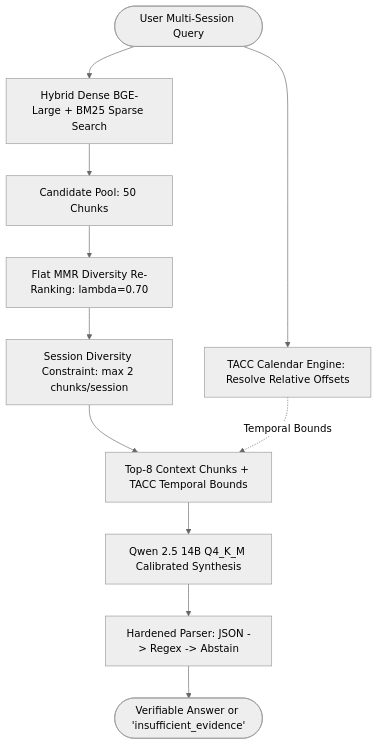
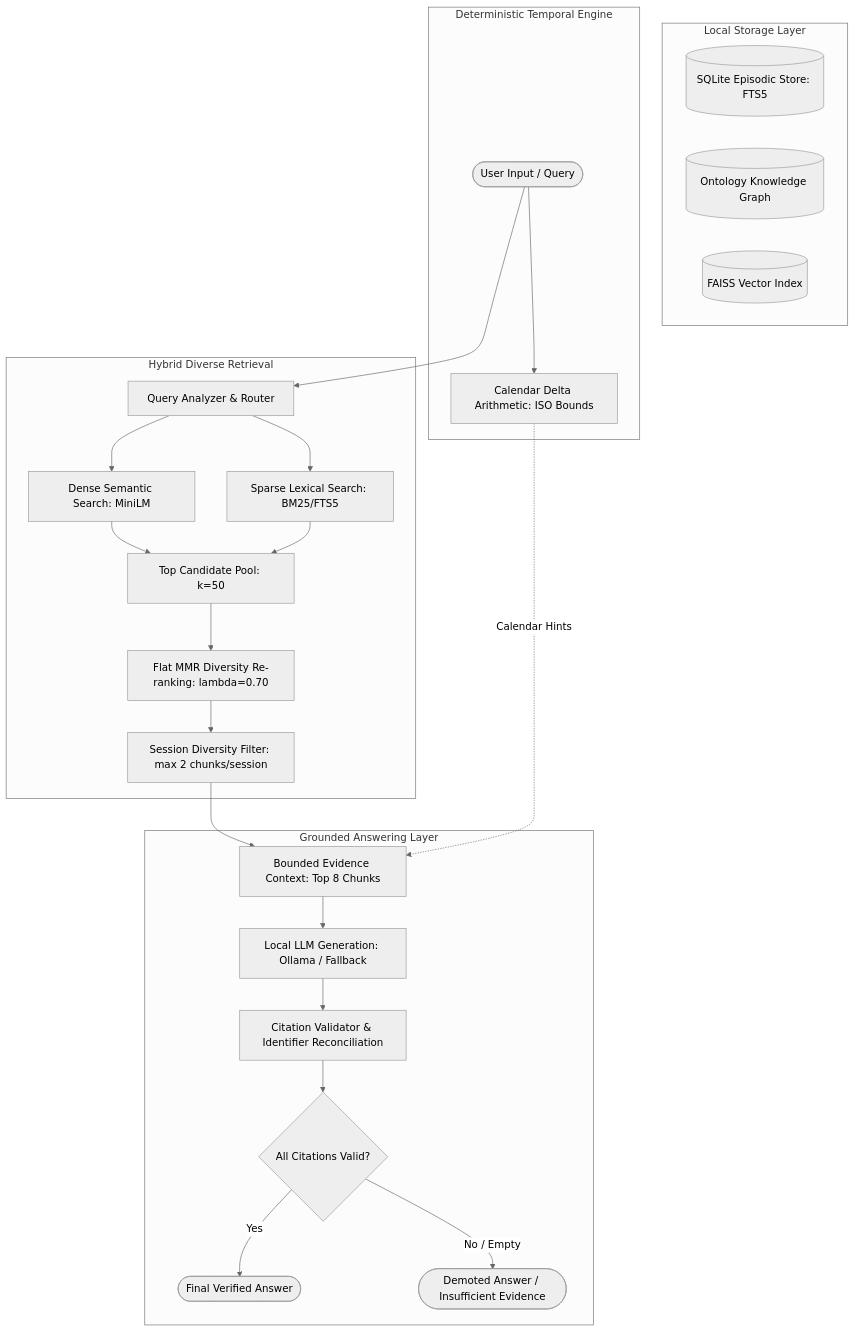
The diagram in README.md (Krish1022sona/IVARA), drawn with Mermaid (neutral theme) before and after one commit. The commit also changed other lines of this file and 319 other files, not shown here.

````diff
--- a/README.md
+++ b/README.md
@@ -39,16 +39,34 @@
 ```mermaid
 flowchart TD
-    UserQ([User Multi-Session Query]) --> TACC[TACC Calendar Engine: Resolve Relative Offsets]
-    UserQ --> Hybrid[Hybrid Dense BGE-Large + BM25 Sparse Search]
+    UserQuery([User Input / Query]) --> Router[Query Analyzer & Router]
     
-    Hybrid --> Pool[Candidate Pool: 50 Chunks]
-    Pool --> MMR[Flat MMR Diversity Re-Ranking: lambda=0.70]
-    MMR --> Filter[Session Diversity Constraint: max 2 chunks/session]
+    subgraph Storage ["Local Storage Layer"]
+        DB[(SQLite Episodic Store: FTS5)]
+        Graph[(Ontology Knowledge Graph)]
+        FAISS_Idx[(FAISS Vector Index)]
+    end
     
-    Filter --> Context[Top-8 Context Chunks + TACC Temporal Bounds]
-    TACC -. Temporal Bounds .-> Context
+    subgraph Retrieval ["Hybrid Diverse Retrieval"]
+        Router --> Dense[Dense Semantic Search: MiniLM]
+        Router --> Sparse[Sparse Lexical Search: BM25/FTS5]
+        Dense --> CandidatePool[Top Candidate Pool: k=50]
+        Sparse --> CandidatePool
+        CandidatePool --> MMR[Flat MMR Diversity Re-ranking: lambda=0.70]
+        MMR --> SessionGate[Session Diversity Filter: max 2 chunks/session]
+    end
     
-    Context --> Synth[Qwen 2.5 14B Q4_K_M Calibrated Synthesis]
-    Synth --> SafeParse[Hardened Parser: JSON -> Regex -> Abstain]
-    SafeParse --> FinalAnswer([Verifiable Answer or 'insufficient_evidence'])
+    subgraph Temporal ["Deterministic Temporal Engine"]
+        UserQuery --> CalendarEngine[Calendar Delta Arithmetic: ISO Bounds]
+    end
+    
+    SessionGate --> BoundedContext[Bounded Evidence Context: Top 8 Chunks]
+    CalendarEngine -. Calendar Hints .-> BoundedContext
+    
+    subgraph Generation ["Grounded Answering Layer"]
+        BoundedContext --> Generator[Local LLM Generation: Ollama / Fallback]
+        Generator --> Validator[Citation Validator & Identifier Reconciliation]
+        Validator --> OutputGate{All Citations Valid?}
+        OutputGate -- Yes --> GroundedAnswer([Final Verified Answer])
+        OutputGate -- No / Empty --> DemoteAnswer([Demoted Answer / Insufficient Evidence])
+    end
 ```
````
